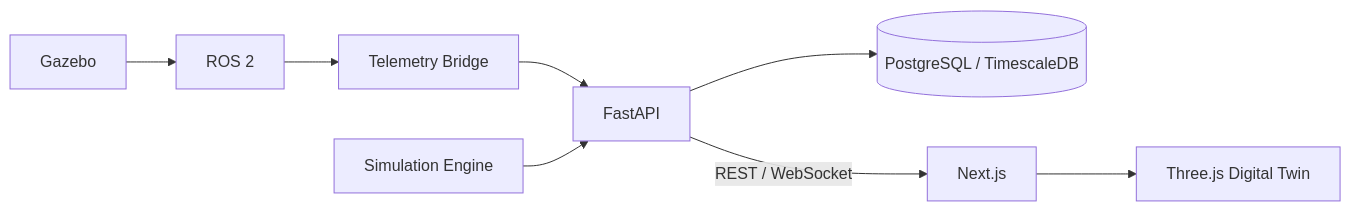
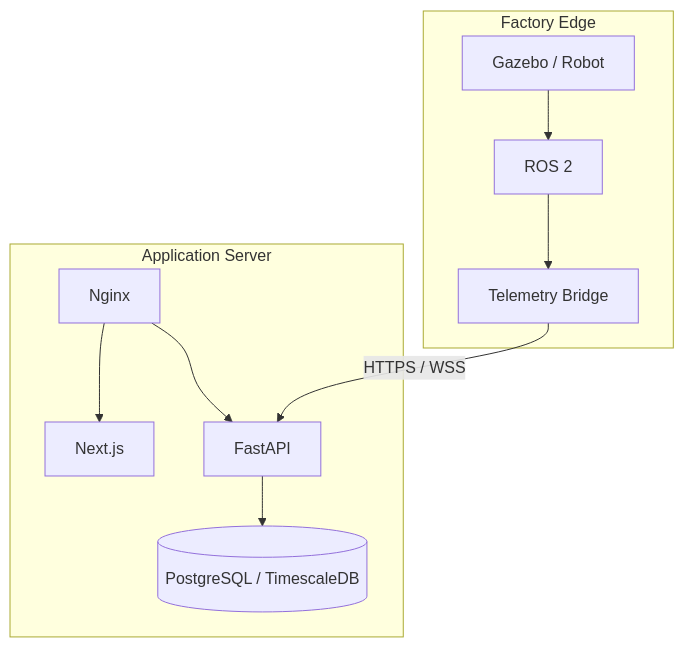
Before and after one commit to HoangTuBangGia/EV-Factory-Twin: diagram 14 of 14 in docs/architecture.md, drawn with Mermaid. The commit also changed other lines of this file and 1 other file, not shown here.

````diff
--- a/docs/architecture.md
+++ b/docs/architecture.md
@@ -5,24 +2330,25 @@
 ```mermaid
-flowchart LR
+flowchart TB
 
-    GZ[Gazebo]
-    ROS[ROS 2]
-    BRIDGE[Telemetry Bridge]
+    subgraph CLOUD["Application Server"]
+        NG[Nginx]
+        WEB[Next.js]
+        API[FastAPI]
+        DB[(PostgreSQL / TimescaleDB)]
 
-    API[FastAPI]
-    SIM[Simulation Engine]
-    DB[(PostgreSQL / TimescaleDB)]
+        NG --> WEB
+        NG --> API
+        API --> DB
+    end
 
-    WEB[Next.js]
-    TWIN[Three.js Digital Twin]
+    subgraph EDGE["Factory Edge"]
+        ROS[ROS 2]
+        BRIDGE[Telemetry Bridge]
+        ROBOT[Gazebo / Robot]
 
-    GZ --> ROS
-    ROS --> BRIDGE
-    BRIDGE --> API
+        ROBOT --> ROS
+        ROS --> BRIDGE
+    end
 
-    SIM --> API
-    API --> DB
-
-    API -->|REST / WebSocket| WEB
-    WEB --> TWIN
+    BRIDGE -->|HTTPS / WSS| API
 ```
````
